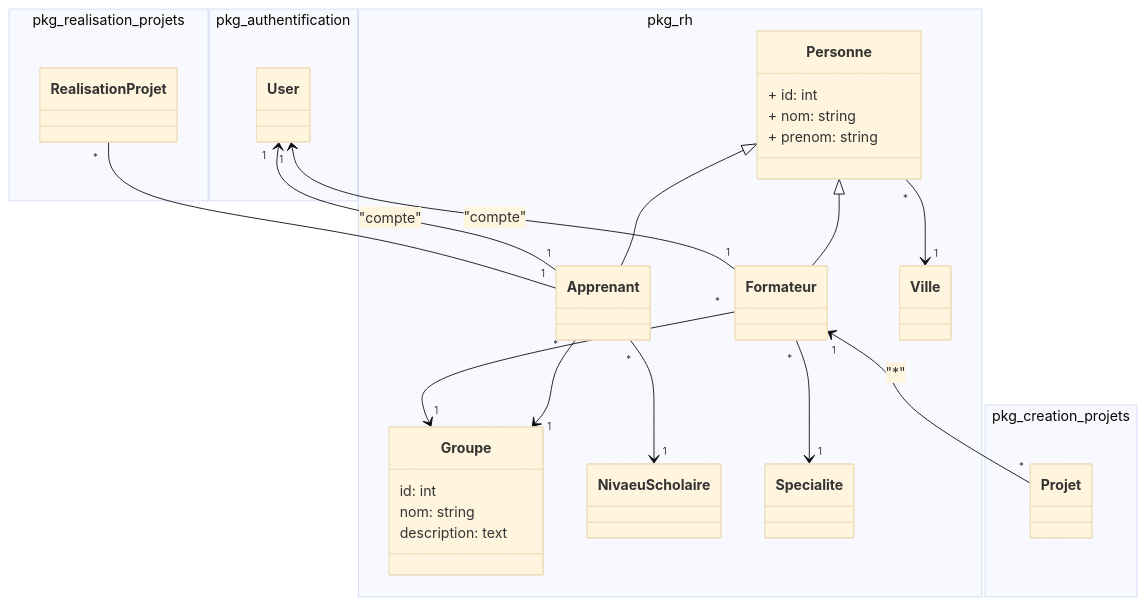
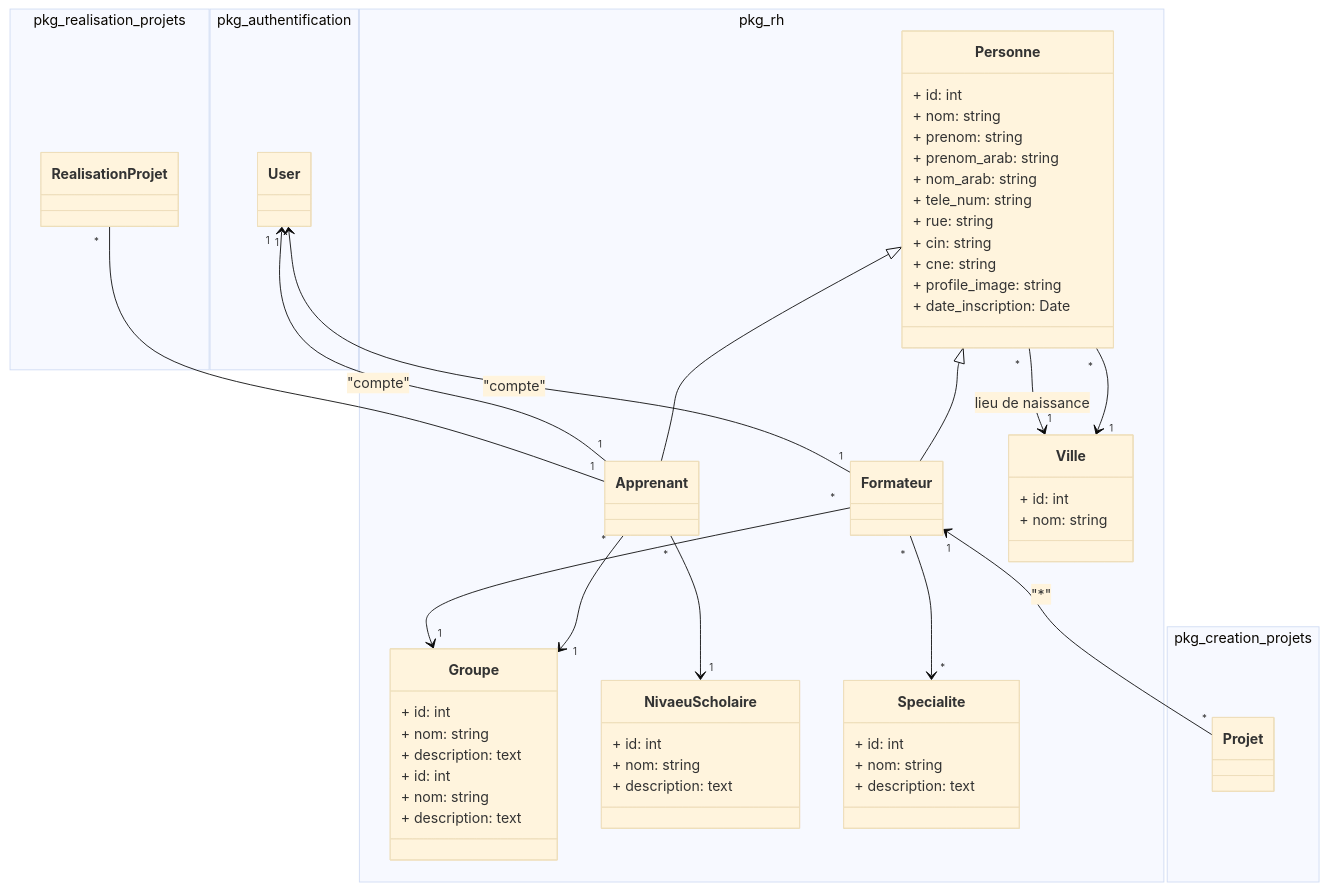
One commit to solicoders/soli-lms changed the diagram in modélisation/pkg_rh/classes_pkg_rh.mmd. Above: the diagram before and after it, drawn with Mermaid (base theme). The commit also changed 2 other files, not shown here.

```diff
--- a/modélisation/pkg_rh/classes_pkg_rh.mmd
+++ b/modélisation/pkg_rh/classes_pkg_rh.mmd
@@ -1,50 +1,86 @@
 classDiagram
 
 namespace pkg_rh {
   class Personne
   class Formateur 
   class Apprenant
   class  Groupe 
   class  Ville
   class  NivaeuScholaire
   class Specialite
 }
+
 Personne <|-- Formateur
 Personne <|-- Apprenant 
 User "1" <-- "1" Formateur : "compte"
 User "1" <-- "1" Apprenant : "compte"
-Apprenant  "*" --> "1"  Groupe 
+Apprenant "*" --> "1" Groupe 
 Formateur "*" --> "1" Groupe
-Formateur "*" --> "1" Specialite
+Formateur "*" --> "*" Specialite
 Apprenant "*" --> "1" NivaeuScholaire
 Personne "*" --> "1" Ville
+Personne "*" --> "1" Ville : lieu de naissance
 
 
 Formateur "1" <-- "*" Projet  :"*"
 RealisationProjet "*" -- "1" Apprenant
 
 namespace pkg_authentification {
 class User
 }
 
 namespace pkg_creation_projets {
-  class Projet 
+  class Projet
 }
 namespace pkg_realisation_projets {
   class RealisationProjet
 }
 
 
 class Personne {
     + id: int 
     + nom: string 
     + prenom: string 
+    + prenom_arab: string
+    + nom_arab: string
+    + tele_num: string
+    + rue: string
+    + cin: string
+    + cne: string
+    + profile_image: string
+    + date_inscription: Date
     %% + type : string : Voue ne pouvez pas ajouter le champs type ici, il doit être ajouter dans la base de données 
     %% Le change type est sumbolisé dans le diagramme de classe par la notion d'héritage
 }
 
-class  Groupe {
-    id: int
-    nom: string
-    description: text
+class Groupe {
+  +  id: int
+  +  nom: string
+  +  description: text
 }
+
+
+class Specialite {
+  +  id: int
+  +  nom: string
+  +  description: text
+}
+
+
+class NivaeuScholaire {
+  +  id: int
+  +  nom: string
+  +  description: text
+}
+
+
+class Groupe {
+  +  id: int
+  +  nom: string
+  +  description: text
+}
+
+class Ville {
+  +  id: int
+  +  nom: string
+}
```
